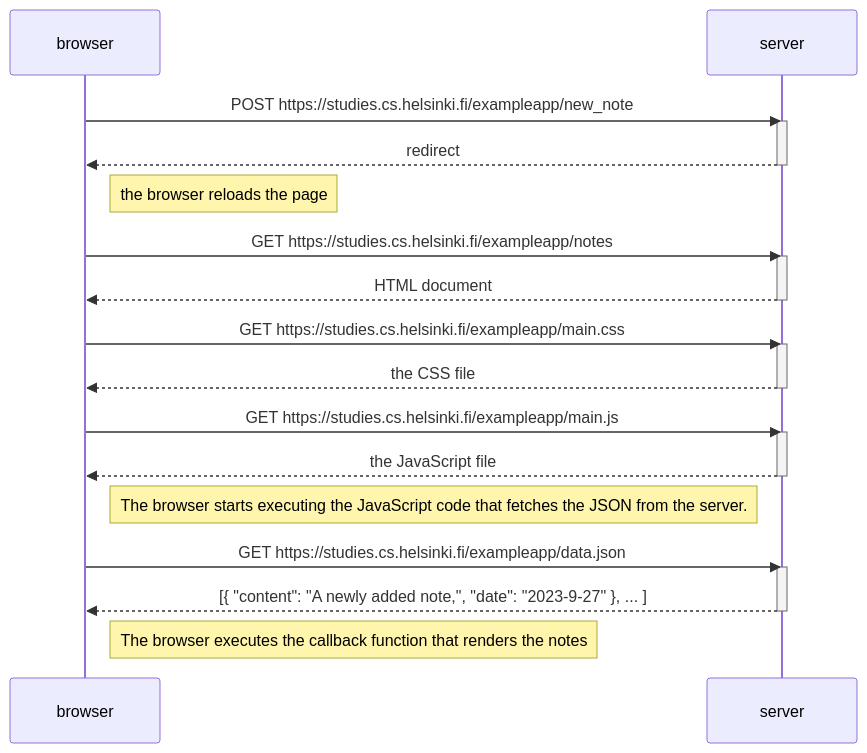
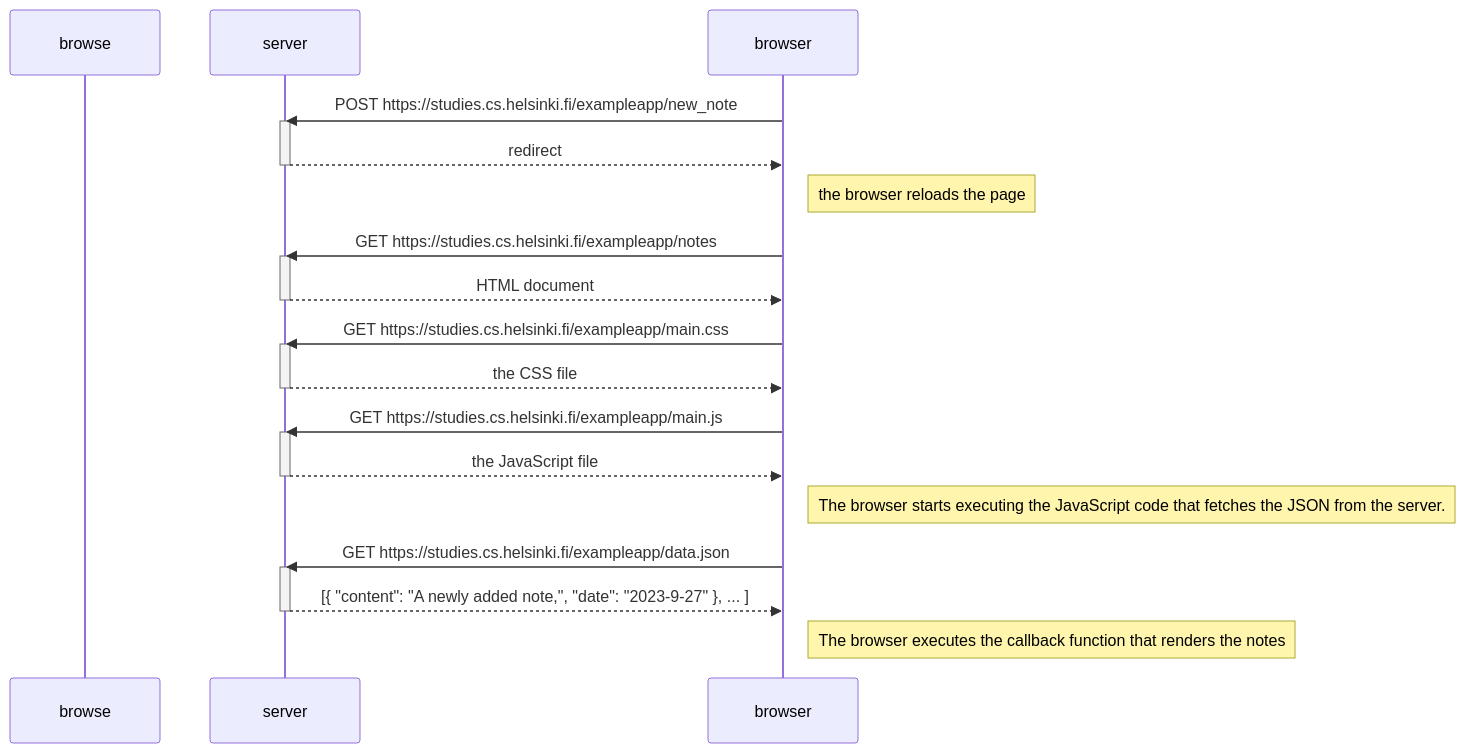
Before and after one commit to AlexanderGurnet/fullstackopen: the diagram in part0/0.4/new_note_diagram.md, drawn with Mermaid.

````diff
--- a/part0/0.4/new_note_diagram.md
+++ b/part0/0.4/new_note_diagram.md
@@ -2,35 +2,35 @@
 ```mermaid
   sequenceDiagram
-    participant browser
+    participant browse
     participant server
 
     browser->>server: POST https://studies.cs.helsinki.fi/exampleapp/new_note
     activate server
     server-->>browser: redirect
     deactivate server
     Note right of browser: the browser reloads the page
 
     browser->>server: GET https://studies.cs.helsinki.fi/exampleapp/notes
     activate server
     server-->>browser: HTML document
     deactivate server
     
     browser->>server: GET https://studies.cs.helsinki.fi/exampleapp/main.css
     activate server
     server-->>browser: the CSS file
     deactivate server
 
     browser->>server: GET https://studies.cs.helsinki.fi/exampleapp/main.js
     activate server
     server-->>browser: the JavaScript file
     deactivate server
 
     Note right of browser: The browser starts executing the JavaScript code that fetches the JSON from the server.
 
     browser->>server: GET https://studies.cs.helsinki.fi/exampleapp/data.json
     activate server
     server-->>browser: [{ "content": "A newly added note,", "date": "2023-9-27" }, ... ]
     deactivate server
 
     Note right of browser: The browser executes the callback function that renders the notes
 ```
````
